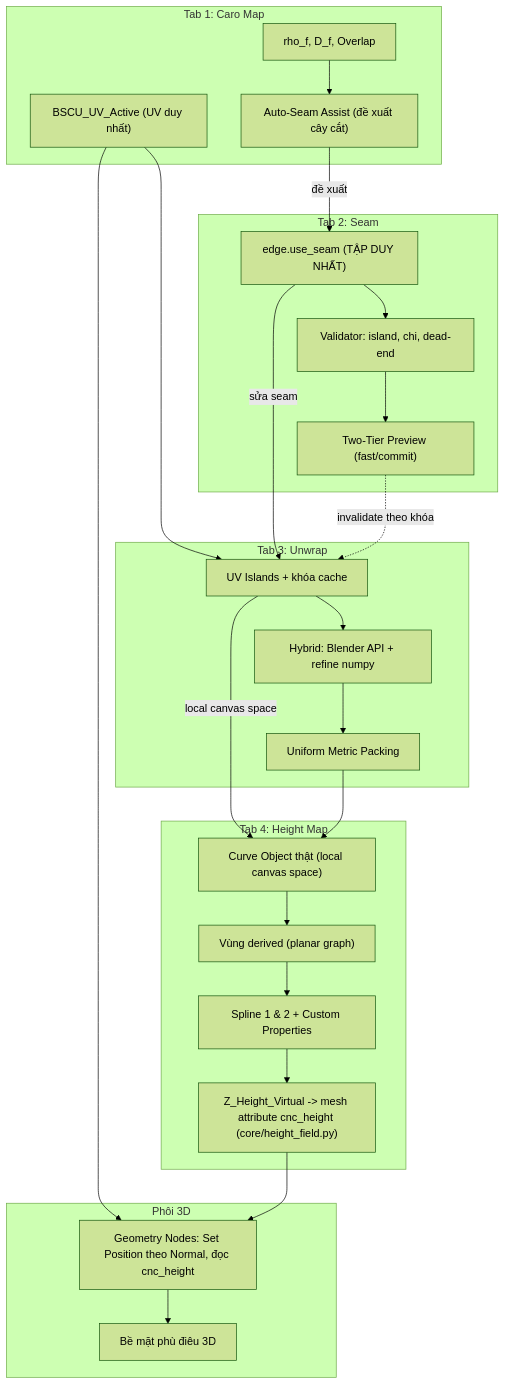
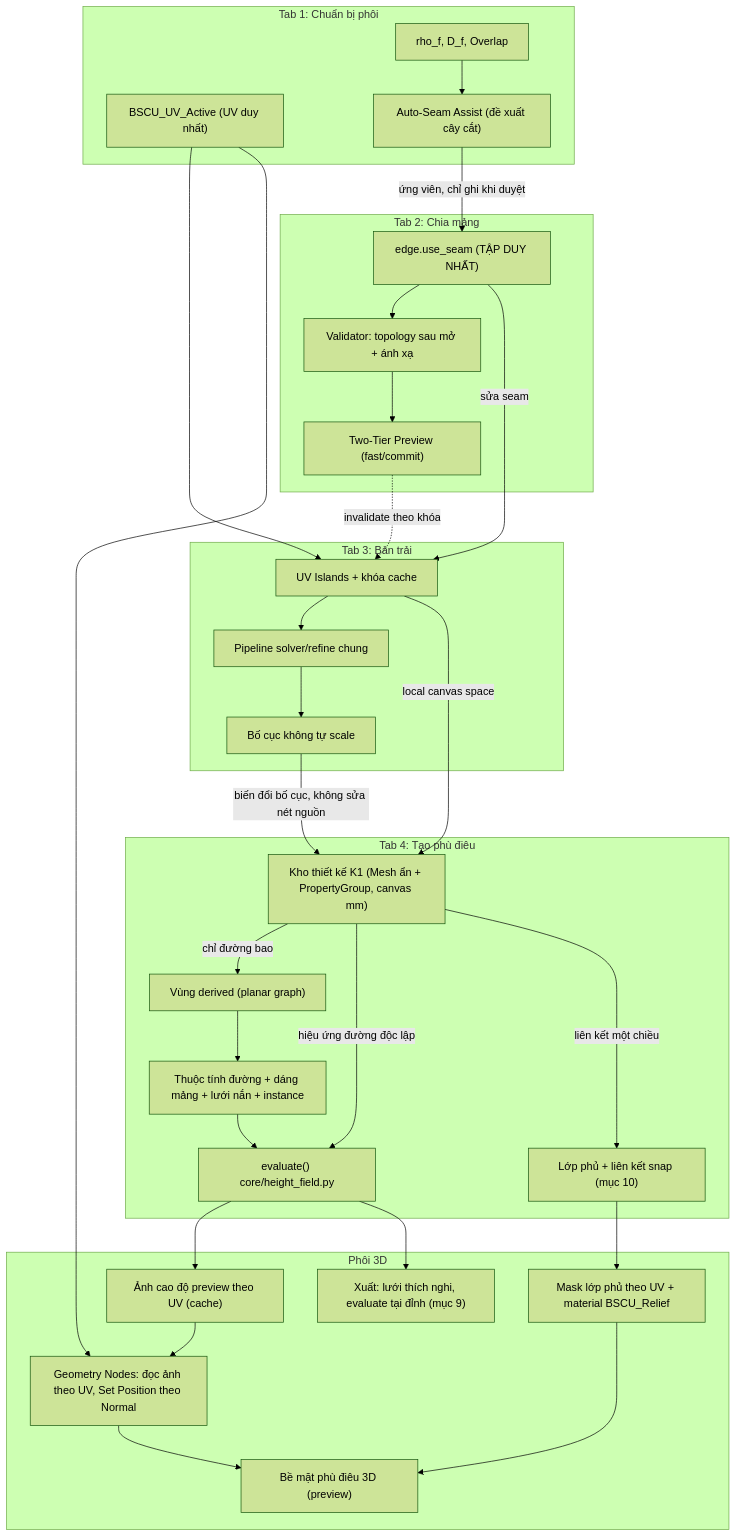
One commit to tuan138/bscu changed the second of 2 diagrams in docs/concept/UIUX.md. Above: the diagram before and after it, drawn with Mermaid (forest theme). The commit also changed other lines of this file and 2 other files, not shown here.

Commit message:
docs(concept): UIUX v1.5.0 - chot xuat 5 truc, D10 hai tang, lop phu mau, instance, nhap SVG/DXF, kien truc K1-K7, Studio 3 cot

````diff
--- a/docs/concept/UIUX.md
+++ b/docs/concept/UIUX.md
@@ -687,50 +504,60 @@
 ```mermaid
 graph TD
-    subgraph T1["Tab 1: Caro Map"]
+    subgraph T1["Tab 1: Chuẩn bị phôi"]
         UV_Active["BSCU_UV_Active (UV duy nhất)"]
         Metrics["rho_f, D_f, Overlap"]
         AutoSeam["Auto-Seam Assist (đề xuất cây cắt)"]
     end
 
-    subgraph T2["Tab 2: Seam"]
+    subgraph T2["Tab 2: Chia mảng"]
         SeamSet["edge.use_seam (TẬP DUY NHẤT)"]
-        Validator["Validator: island, chi, dead-end"]
+        Validator["Validator: topology sau mở + ánh xạ"]
         Preview["Two-Tier Preview (fast/commit)"]
     end
 
-    subgraph T3["Tab 3: Unwrap"]
+    subgraph T3["Tab 3: Bản trải"]
         Islands["UV Islands + khóa cache"]
-        Hybrid["Hybrid: Blender API + refine numpy"]
-        Packing["Uniform Metric Packing"]
+        Hybrid["Pipeline solver/refine chung"]
+        Packing["Bố cục không tự scale"]
     end
 
-    subgraph T4["Tab 4: Height Map"]
-        CadCurves["Curve Object thật (local canvas space)"]
+    subgraph T4["Tab 4: Tạo phù điêu"]
+        Store["Kho thiết kế K1 (Mesh ẩn + PropertyGroup, canvas mm)"]
         Regions["Vùng derived (planar graph)"]
-        DualSplines["Spline 1 & 2 + Custom Properties"]
-        VirtualZ["Z_Height_Virtual -> mesh attribute cnc_height (core/height_field.py)"]
+        DualSplines["Thuộc tính đường + dáng mảng + lưới nắn + instance"]
+        Evaluate["evaluate() core/height_field.py"]
+        Overlay["Lớp phủ + liên kết snap (mục 10)"]
     end
 
     subgraph MESH["Phôi 3D"]
-        GN["Geometry Nodes: Set Position theo Normal, đọc cnc_height"]
-        Relief["Bề mặt phù điêu 3D"]
+        PreviewImg["Ảnh cao độ preview theo UV (cache)"]
+        GN["Geometry Nodes: đọc ảnh theo UV, Set Position theo Normal"]
+        Relief["Bề mặt phù điêu 3D (preview)"]
+        Masks["Mask lớp phủ theo UV + material BSCU_Relief"]
+        Export["Xuất: lưới thích nghi, evaluate tại đỉnh (mục 9)"]
     end
 
     Metrics --> AutoSeam
-    AutoSeam -->|đề xuất| SeamSet
+    AutoSeam -->|ứng viên, chỉ ghi khi duyệt| SeamSet
     SeamSet --> Validator
     Validator --> Preview
     Preview -.->|invalidate theo khóa| Islands
     UV_Active --> Islands
     Islands --> Hybrid
     Hybrid --> Packing
-    Packing --> CadCurves
-    CadCurves --> Regions
+    Packing -->|biến đổi bố cục, không sửa nét nguồn| Store
+    Store -->|chỉ đường bao| Regions
     Regions --> DualSplines
-    DualSplines --> VirtualZ
-    VirtualZ --> GN
+    Store -->|hiệu ứng đường độc lập| Evaluate
+    DualSplines --> Evaluate
+    Evaluate --> PreviewImg
+    PreviewImg --> GN
     UV_Active --> GN
     GN --> Relief
+    Store -->|liên kết một chiều| Overlay
+    Overlay --> Masks
+    Masks --> Relief
+    Evaluate --> Export
     SeamSet -->|sửa seam| Islands
-    Islands -->|local canvas space| CadCurves
+    Islands -->|local canvas space| Store
 ```
````
